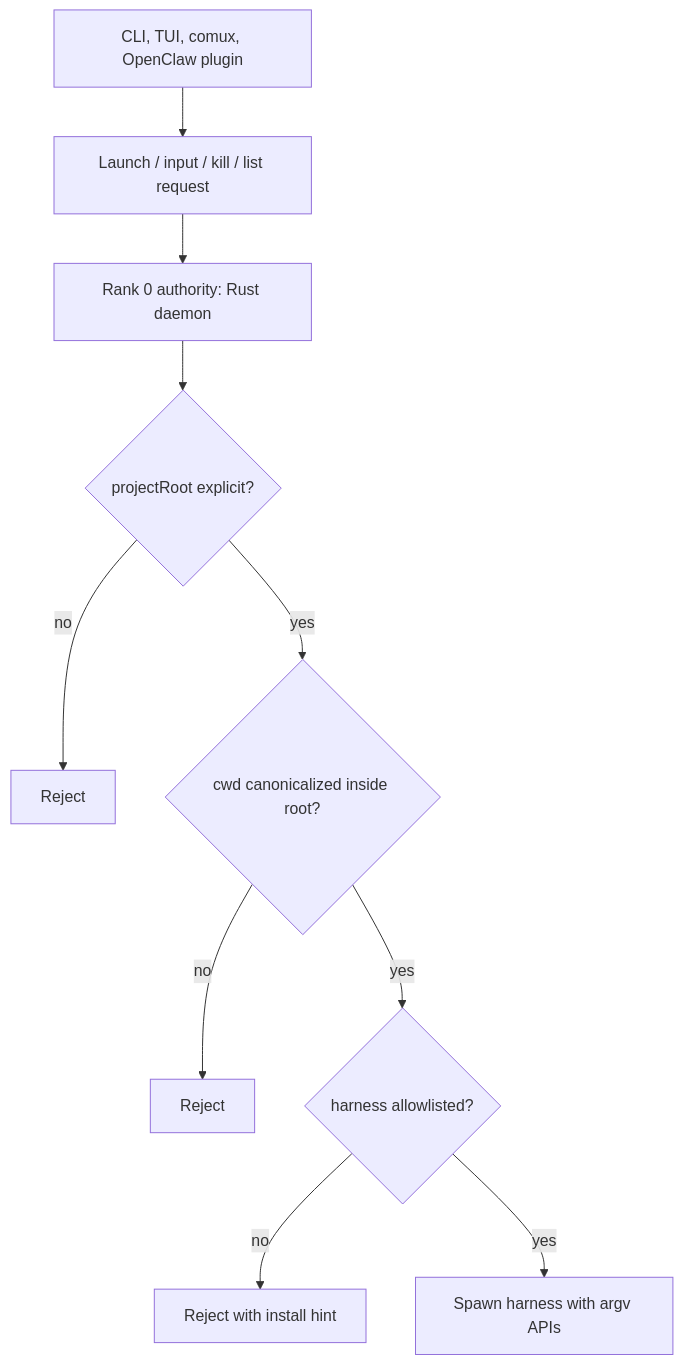
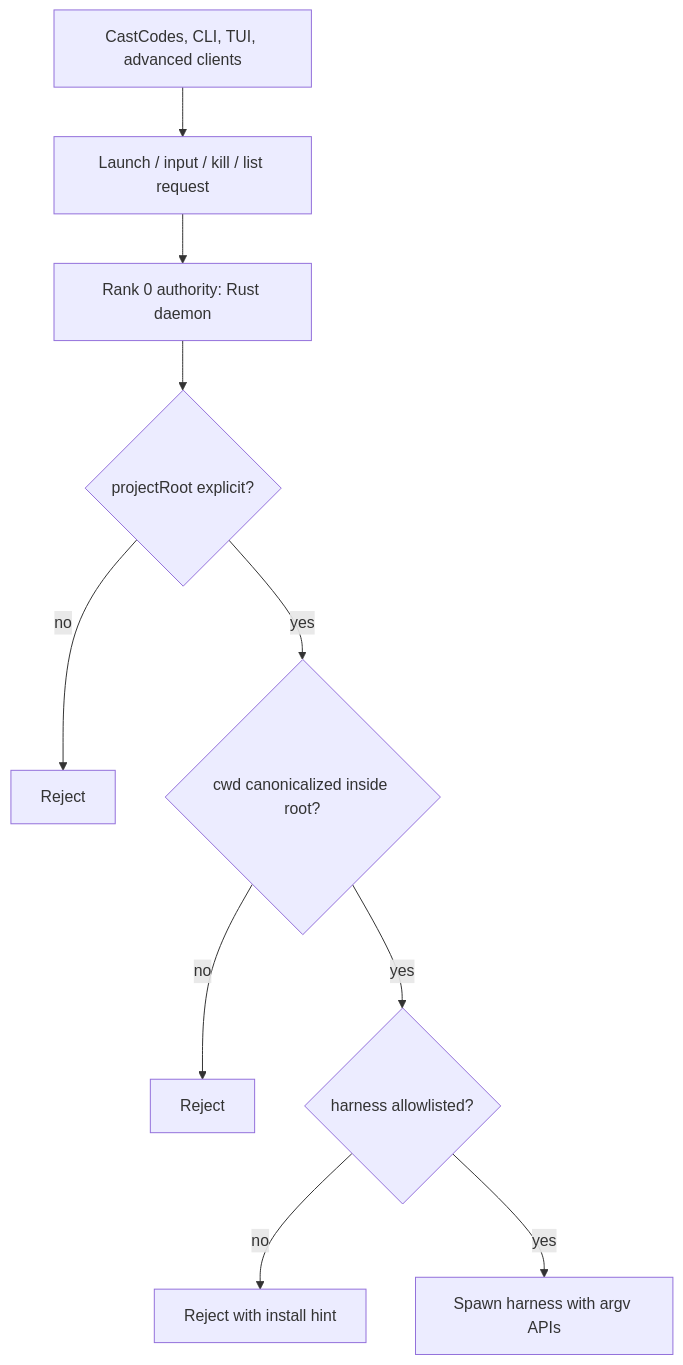
One commit to OpenCoven/coven changed the diagram in docs/concepts/authority-boundary.md. Above: the diagram before and after it, drawn with Mermaid. The commit also changed 37 other files, not shown here.

Commit message:
docs: make CastCodes Coven proof surface

````diff
--- a/docs/concepts/authority-boundary.md
+++ b/docs/concepts/authority-boundary.md
@@ -9,12 +9,12 @@
 ```mermaid
 flowchart TD
-  Client[CLI, TUI, comux, OpenClaw plugin] --> Request[Launch / input / kill / list request]
+  Client[CastCodes, CLI, TUI, advanced clients] --> Request[Launch / input / kill / list request]
   Request --> Rust[Rank 0 authority: Rust daemon]
   Rust --> RootCheck{projectRoot explicit?}
   RootCheck -- no --> RejectRoot[Reject]
   RootCheck -- yes --> CwdCheck{cwd canonicalized inside root?}
   CwdCheck -- no --> RejectCwd[Reject]
   CwdCheck -- yes --> HarnessCheck{harness allowlisted?}
   HarnessCheck -- no --> RejectHarness[Reject with install hint]
   HarnessCheck -- yes --> Spawn[Spawn harness with argv APIs]
 ```
````
